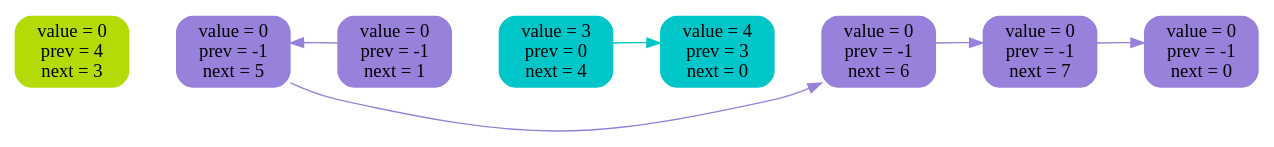
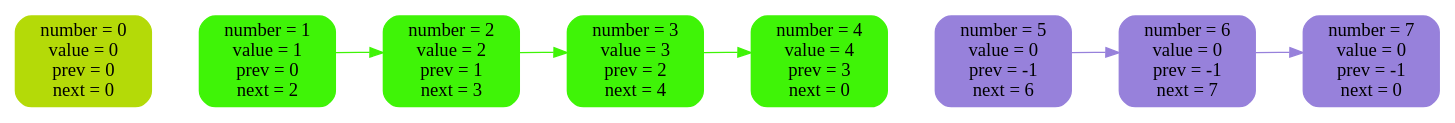
The diagram in list_log/img/7.dot (2210223t-lang/2-linked-list), drawn with Graphviz before and after one commit. The commit also changed 8 other files, not shown here.

```diff
--- a/list_log/img/7.dot
+++ b/list_log/img/7.dot
@@ -1,23 +1,23 @@
 digraph {
 rankdir = LR
-n0 [ label = "value = 0\nprev = 4\nnext = 3", shape = Mrecord, fontsize = 14,style = filled, color = "#b4da08" ]
-n1 [ label = "value = 0\nprev = -1\nnext = 5", shape = Mrecord, fontsize = 14,style = filled, color = "#9781db" ]
-n2 [ label = "value = 0\nprev = -1\nnext = 1", shape = Mrecord, fontsize = 14,style = filled, color = "#9781db" ]
-n3 [ label = "value = 3\nprev = 0\nnext = 4", shape = Mrecord, fontsize = 14,style = filled, color = "#00c6c9" ]
-n4 [ label = "value = 4\nprev = 3\nnext = 0", shape = Mrecord, fontsize = 14,style = filled, color = "#00c6c9" ]
-n5 [ label = "value = 0\nprev = -1\nnext = 6", shape = Mrecord, fontsize = 14,style = filled, color = "#9781db" ]
-n6 [ label = "value = 0\nprev = -1\nnext = 7", shape = Mrecord, fontsize = 14,style = filled, color = "#9781db" ]
-n7 [ label = "value = 0\nprev = -1\nnext = 0", shape = Mrecord, fontsize = 14,style = filled, color = "#9781db" ]
+n0 [ label = "number = 0\nvalue = 0\nprev = 0\nnext = 0", shape = Mrecord, fontsize = 14,style = filled, color = "#b4da08" ]
+n1 [ label = "number = 1\nvalue = 1\nprev = 0\nnext = 2", shape = Mrecord, fontsize = 14,style = filled, color = "#3ff407" ]
+n2 [ label = "number = 2\nvalue = 2\nprev = 1\nnext = 3", shape = Mrecord, fontsize = 14,style = filled, color = "#3ff407" ]
+n3 [ label = "number = 3\nvalue = 3\nprev = 2\nnext = 4", shape = Mrecord, fontsize = 14,style = filled, color = "#3ff407" ]
+n4 [ label = "number = 4\nvalue = 4\nprev = 3\nnext = 0", shape = Mrecord, fontsize = 14,style = filled, color = "#3ff407" ]
+n5 [ label = "number = 5\nvalue = 0\nprev = -1\nnext = 6", shape = Mrecord, fontsize = 14,style = filled, color = "#9781db" ]
+n6 [ label = "number = 6\nvalue = 0\nprev = -1\nnext = 7", shape = Mrecord, fontsize = 14,style = filled, color = "#9781db" ]
+n7 [ label = "number = 7\nvalue = 0\nprev = -1\nnext = 0", shape = Mrecord, fontsize = 14,style = filled, color = "#9781db" ]
 n0 -> n1 [ style = invis, weight = 100 ]
 n1 -> n2 [ style = invis, weight = 100 ]
 n2 -> n3 [ style = invis, weight = 100 ]
 n3 -> n4 [ style = invis, weight = 100 ]
 n4 -> n5 [ style = invis, weight = 100 ]
 n5 -> n6 [ style = invis, weight = 100 ]
 n6 -> n7 [ style = invis, weight = 100 ]
-n1 -> n5 [style = filled, color = "#9781db" ]
-n2 -> n1 [style = filled, color = "#9781db" ]
-n3 -> n4 [style = filled, color = "#00c6c9" ]
+n1 -> n2 [style = filled, color = "#3ff407" ]
+n2 -> n3 [style = filled, color = "#3ff407" ]
+n3 -> n4 [style = filled, color = "#3ff407" ]
 n5 -> n6 [style = filled, color = "#9781db" ]
 n6 -> n7 [style = filled, color = "#9781db" ]
 }
```
